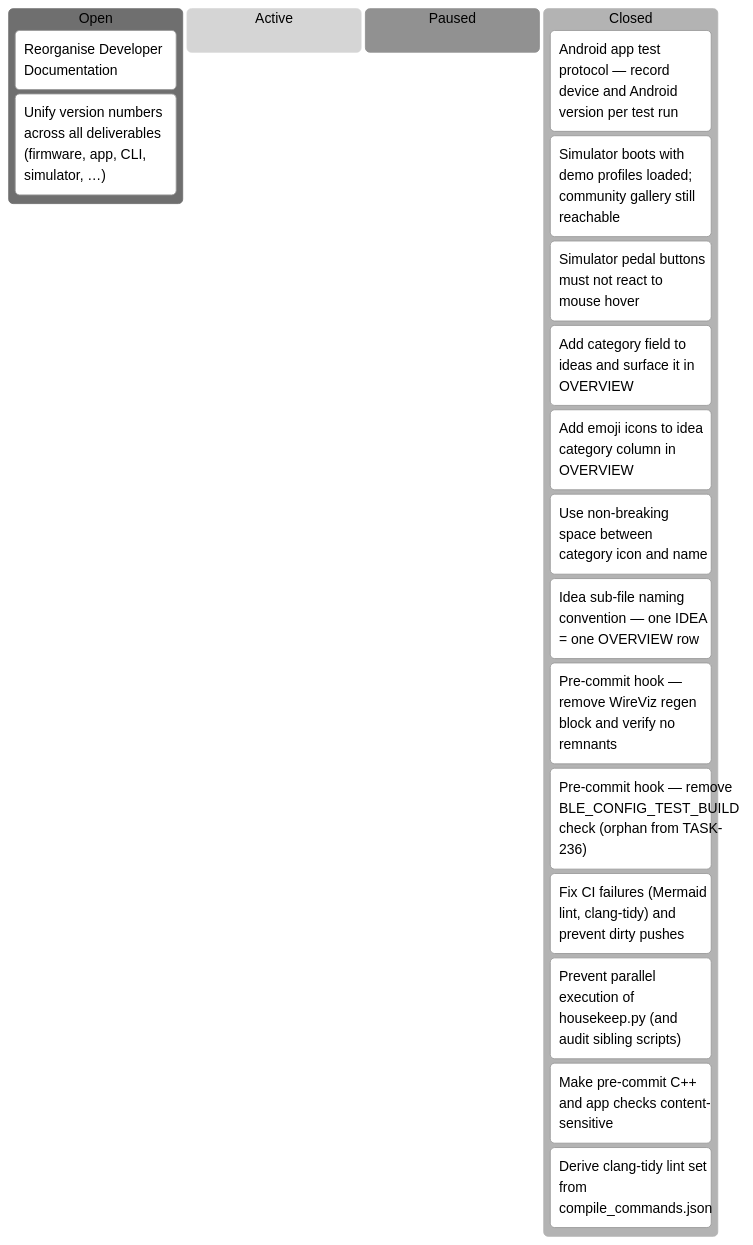
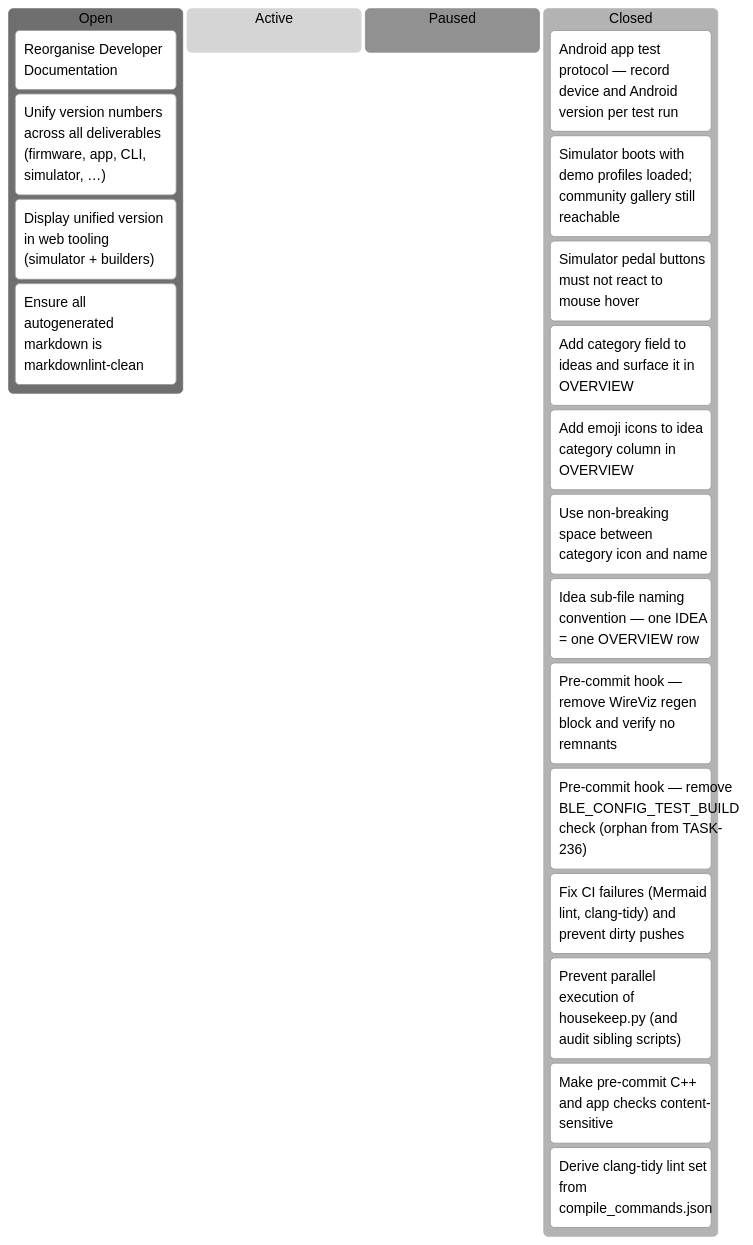
The seventh of 7 diagrams in docs/developers/tasks/KANBAN.md (tgd1975/AwesomeStudioPedal), drawn with Mermaid (neutral theme) before and after one commit. The commit also changed other lines of this file and 7 other files, not shown here.

````diff
--- a/docs/developers/tasks/KANBAN.md
+++ b/docs/developers/tasks/KANBAN.md
@@ -113,22 +114,24 @@
 ```mermaid
 kanban
   Open
     TASK_148["Reorganise Developer Documentation"]
     TASK_260["Unify version numbers across all deliverables (firmware, app, CLI, simulator, …)"]
+    TASK_350["Display unified version in web tooling (simulator + builders)"]
+    TASK_351["Ensure all autogenerated markdown is markdownlint-clean"]
   Active
   Paused
   Closed
     TASK_259["Android app test protocol — record device and Android version per test run"]
     TASK_303["Simulator boots with demo profiles loaded; community gallery still reachable"]
     TASK_304["Simulator pedal buttons must not react to mouse hover"]
     TASK_305["Add category field to ideas and surface it in OVERVIEW"]
     TASK_313["Add emoji icons to idea category column in OVERVIEW"]
     TASK_314["Use non-breaking space between category icon and name"]
     TASK_315["Idea sub-file naming convention — one IDEA = one OVERVIEW row"]
     TASK_319["Pre-commit hook — remove WireViz regen block and verify no remnants"]
     TASK_320["Pre-commit hook — remove BLE_CONFIG_TEST_BUILD check (orphan from TASK-236)"]
     TASK_321["Fix CI failures (Mermaid lint, clang-tidy) and prevent dirty pushes"]
     TASK_328["Prevent parallel execution of housekeep.py (and audit sibling scripts)"]
     TASK_346["Make pre-commit C++ and app checks content-sensitive"]
     TASK_348["Derive clang-tidy lint set from compile_commands.json"]
 ```
````
